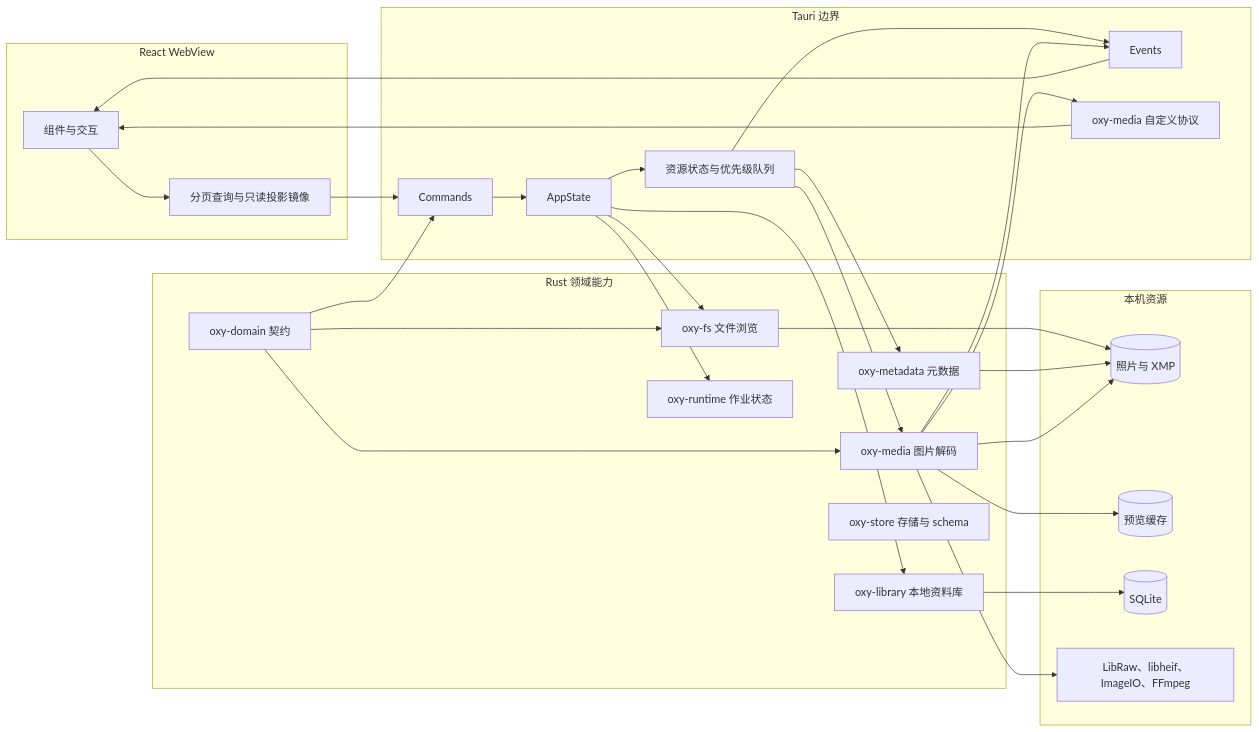
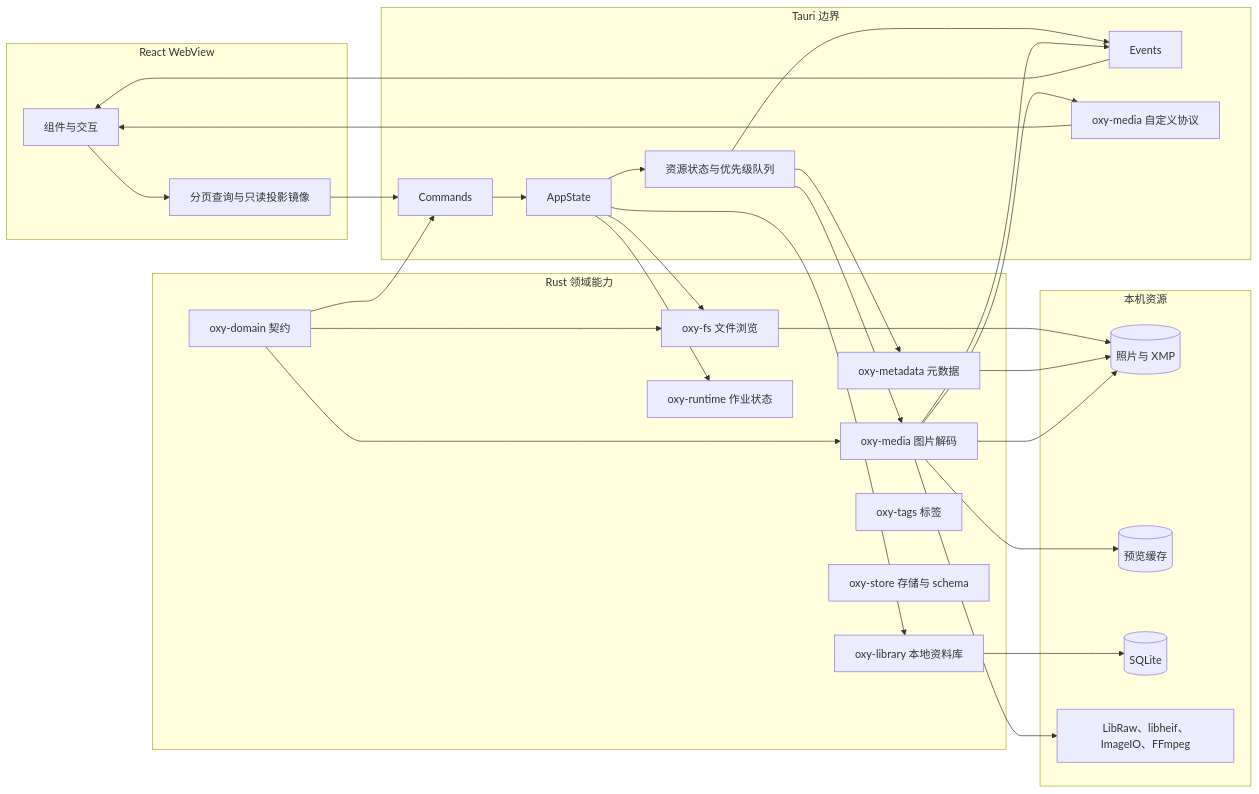
One commit to oxygenkun/oxyviewer changed the first of 3 diagrams in docs/ARCHITECTURE.md. Above: the diagram before and after it, drawn with Mermaid. The commit also changed other lines of this file and 26 other files, not shown here.

````diff
--- a/docs/ARCHITECTURE.md
+++ b/docs/ARCHITECTURE.md
@@ -77,56 +77,57 @@
 ```mermaid
 flowchart LR
     subgraph uiLayer["React WebView"]
         reactUi["组件与交互"]
         queryState["分页查询与只读投影镜像"]
     end
 
     subgraph bridgeLayer["Tauri 边界"]
         commands["Commands"]
         events["Events"]
         mediaProtocol["oxy-media 自定义协议"]
         appState["AppState"]
         resourceCoordinator["资源状态与优先级队列"]
     end
 
     subgraph coreLayer["Rust 领域能力"]
         domain["oxy-domain 契约"]
         fsCrate["oxy-fs 文件浏览"]
         mediaCrate["oxy-media 图片解码"]
         metadataCrate["oxy-metadata 元数据"]
         libraryCrate["oxy-library 本地资料库"]
         runtimeCrate["oxy-runtime 作业状态"]
+        tagsCrate["oxy-tags 标签"]
         storeCrate["oxy-store 存储与 schema"]
     end
 
     subgraph localData["本机资源"]
         photoFiles[("照片与 XMP")]
         previewCache[("预览缓存")]
         sqliteDb[("SQLite")]
         nativeDecoders["LibRaw、libheif、ImageIO、FFmpeg"]
     end
 
     reactUi --> queryState
     queryState --> commands
     events --> reactUi
     mediaProtocol --> reactUi
     commands --> appState
     appState --> resourceCoordinator
     resourceCoordinator --> events
     appState --> fsCrate
     resourceCoordinator --> mediaCrate
     resourceCoordinator --> metadataCrate
     appState --> libraryCrate
     appState --> runtimeCrate
     domain --> commands
     domain --> fsCrate
     domain --> mediaCrate
     fsCrate --> photoFiles
     metadataCrate --> photoFiles
     mediaCrate --> photoFiles
     mediaCrate --> previewCache
     mediaCrate --> nativeDecoders
     libraryCrate --> sqliteDb
     mediaCrate --> events
     mediaCrate --> mediaProtocol
 ```
````
